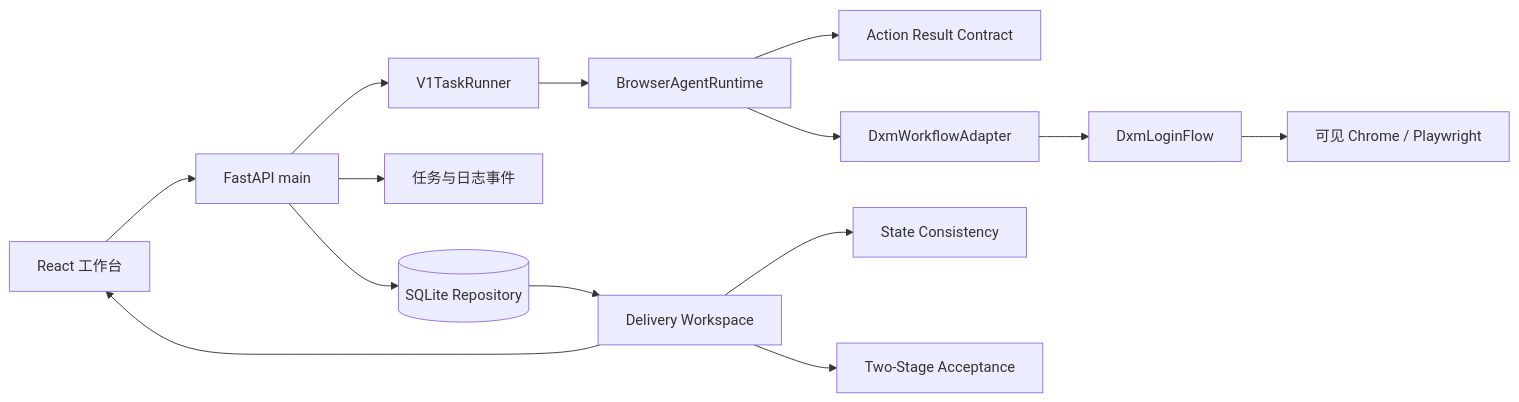
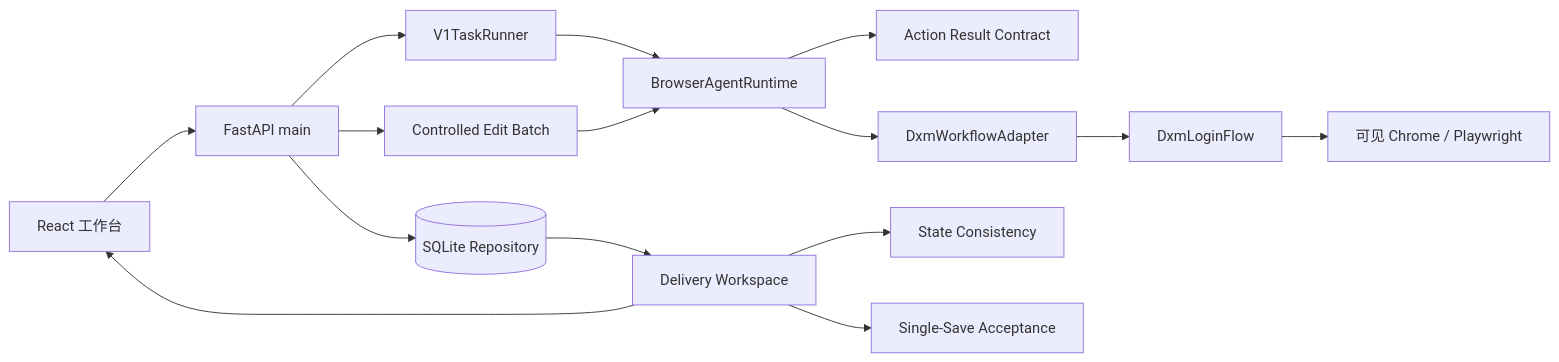
One commit to SHCSCA/dxm-auto-uikit changed the diagram in docs/tech/当前运行时架构-20260717.md. Above: the diagram before and after it, drawn with Mermaid. The commit also changed other lines of this file and 125 other files, not shown here.

````diff
--- a/docs/tech/当前运行时架构-20260717.md
+++ b/docs/tech/当前运行时架构-20260717.md
@@ -11,16 +11,17 @@
 ```mermaid
 flowchart LR
     UI[React 工作台] --> API[FastAPI main]
     API --> Repo[(SQLite Repository)]
-    API --> WS[任务与日志事件]
     API --> Runner[V1TaskRunner]
+    API --> Batch[Controlled Edit Batch]
     Runner --> BAR[BrowserAgentRuntime]
+    Batch --> BAR
     BAR --> Contract[Action Result Contract]
     BAR --> Adapter[DxmWorkflowAdapter]
     Adapter --> Flow[DxmLoginFlow]
     Flow --> Browser[可见 Chrome / Playwright]
     Repo --> Workspace[Delivery Workspace]
     Workspace --> Consistency[State Consistency]
-    Workspace --> TwoStage[Two-Stage Acceptance]
+    Workspace --> Acceptance[Single-Save Acceptance]
     Workspace --> UI
 ```
````
